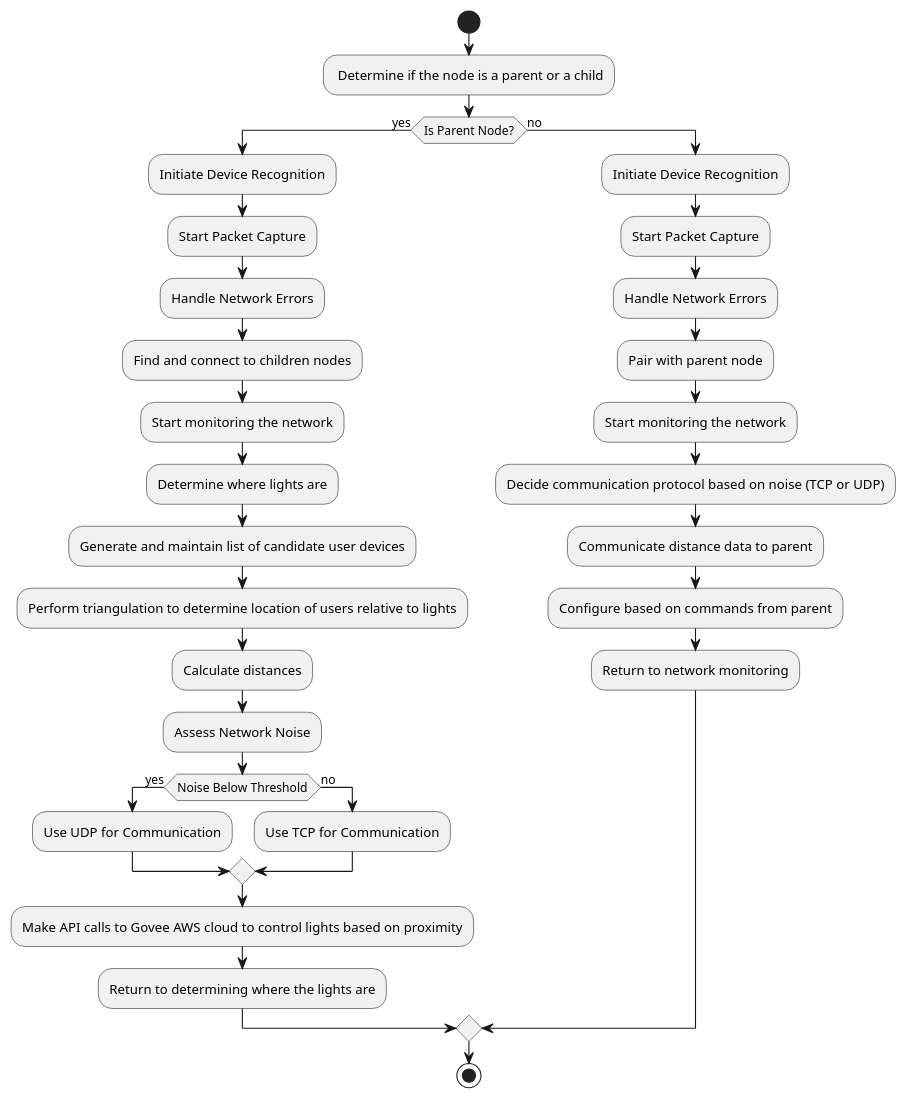
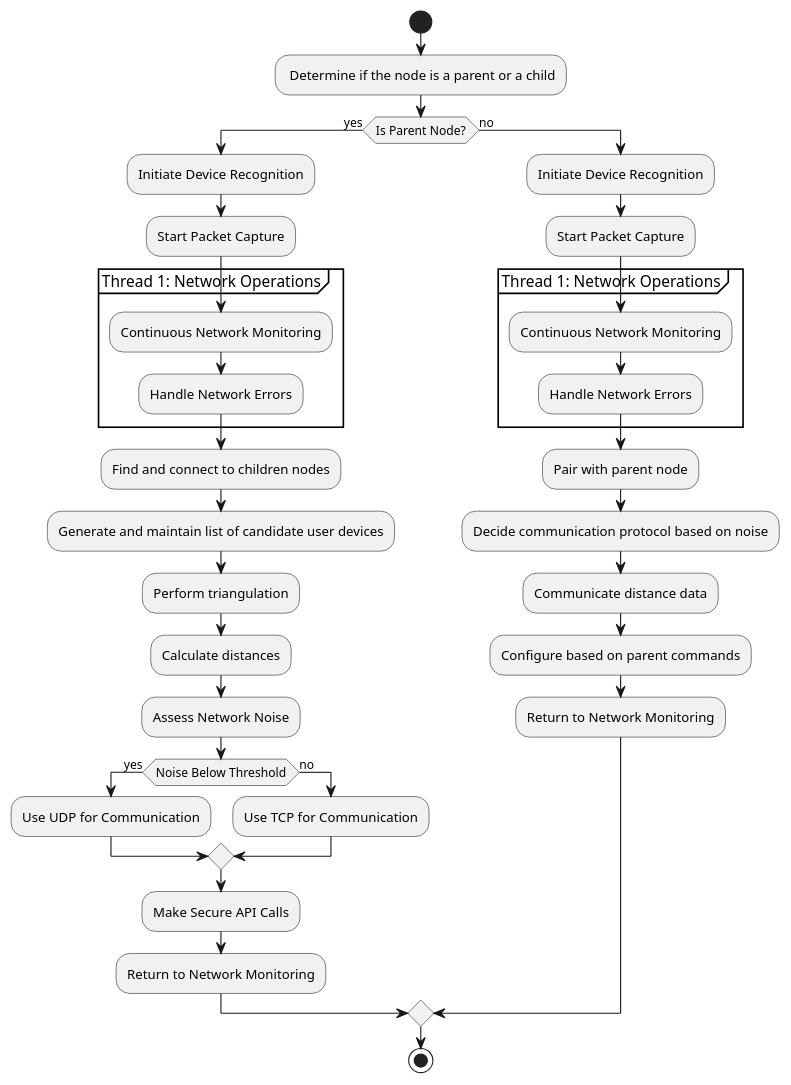
Before and after one commit to lhofstetter/ProjectIntegrate: the diagram in plan.puml, drawn with PlantUML.

```diff
--- a/plan.puml
+++ b/plan.puml
@@ -1,36 +1,41 @@
 @startuml
 start
 : Determine if the node is a parent or a child;
 
 if (Is Parent Node?) then (yes)
     :Initiate Device Recognition;
     :Start Packet Capture;
-    :Handle Network Errors;
+    'Explicitly indicating threading
+    partition "Thread 1: Network Operations" {
+        :Continuous Network Monitoring;
+        :Handle Network Errors;
+    }
     :Find and connect to children nodes;
-    :Start monitoring the network;
-    :Determine where lights are;
     :Generate and maintain list of candidate user devices;
-    :Perform triangulation to determine location of users relative to lights;
+    :Perform triangulation;
     :Calculate distances;
     :Assess Network Noise;
     if (Noise Below Threshold) then (yes)
         :Use UDP for Communication;
     else (no)
         :Use TCP for Communication;
     endif
-    :Make API calls to Govee AWS cloud to control lights based on proximity;
-    :Return to determining where the lights are;
+    :Make Secure API Calls;
+    :Return to Network Monitoring;
 else (no)
     :Initiate Device Recognition;
     :Start Packet Capture;
-    :Handle Network Errors;
+    'Explicitly indicating threading
+    partition "Thread 1: Network Operations" {
+        :Continuous Network Monitoring;
+        :Handle Network Errors;
+    }
     :Pair with parent node;
-    :Start monitoring the network;
-    :Decide communication protocol based on noise (TCP or UDP);
-    :Communicate distance data to parent;
-    :Configure based on commands from parent;
-    :Return to network monitoring;
+    :Decide communication protocol based on noise;
+    :Communicate distance data;
+    :Configure based on parent commands;
+    :Return to Network Monitoring;
 endif
 
 stop
 @enduml
```
